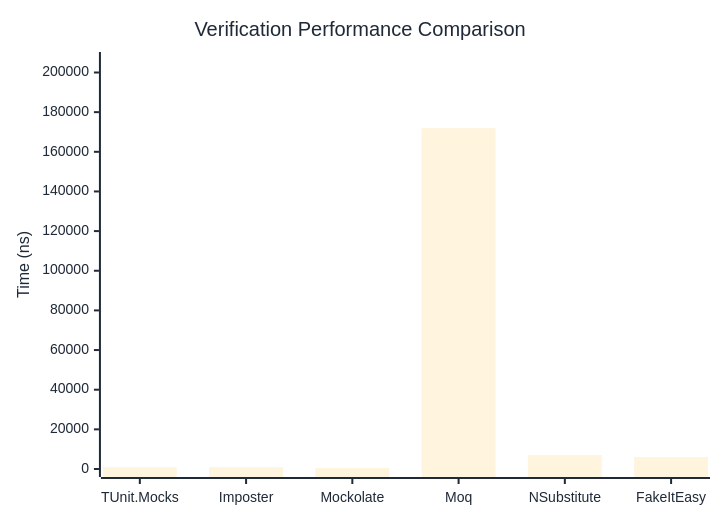
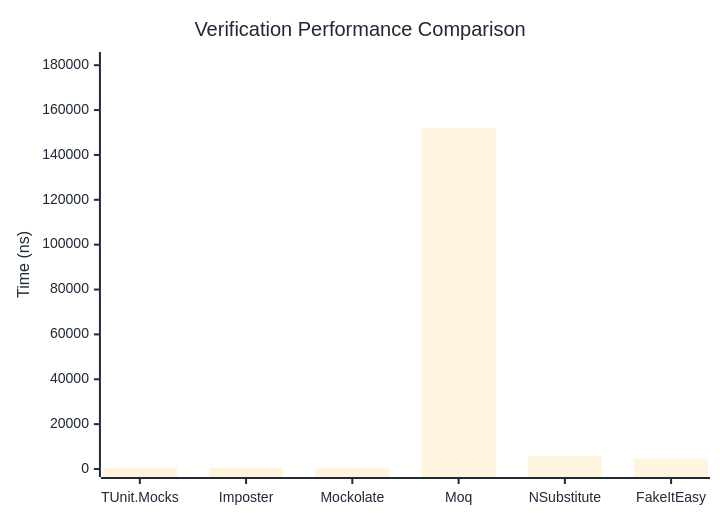
The first of 3 diagrams in docs/docs/benchmarks/mocks/Verification.md (thomhurst/TUnit), drawn with Mermaid before and after one commit. The commit also changed other lines of this file and 14 other files, not shown here.

````diff
--- a/docs/docs/benchmarks/mocks/Verification.md
+++ b/docs/docs/benchmarks/mocks/Verification.md
@@ -30,27 +30,27 @@
 ```mermaid
 %%{init: {
   'theme':'base',
   'themeVariables': {
     'primaryColor': '#2563eb',
     'primaryTextColor': '#1f2937',
     'primaryBorderColor': '#1e40af',
     'lineColor': '#6b7280',
     'secondaryColor': '#7c3aed',
     'tertiaryColor': '#dc2626',
     'background': '#ffffff',
     'pie1': '#2563eb',
     'pie2': '#7c3aed',
     'pie3': '#dc2626',
     'pie4': '#f59e0b',
     'pie5': '#10b981',
     'pie6': '#06b6d4',
     'pie7': '#ec4899',
     'pie8': '#6366f1'
   }
 }}%%
 xychart-beta
   title "Verification Performance Comparison"
   x-axis ["TUnit.Mocks", "Imposter", "Mockolate", "Moq", "NSubstitute", "FakeItEasy"]
-  y-axis "Time (ns)" 0 --> 206306
-  bar [905.98, 939.87, 558.25, 171921.64, 7053.3, 6073.6]
+  y-axis "Time (ns)" 0 --> 182320
+  bar [635.94, 596.05, 374.06, 151932.77, 5724.29, 4558.79]
 ```
````
